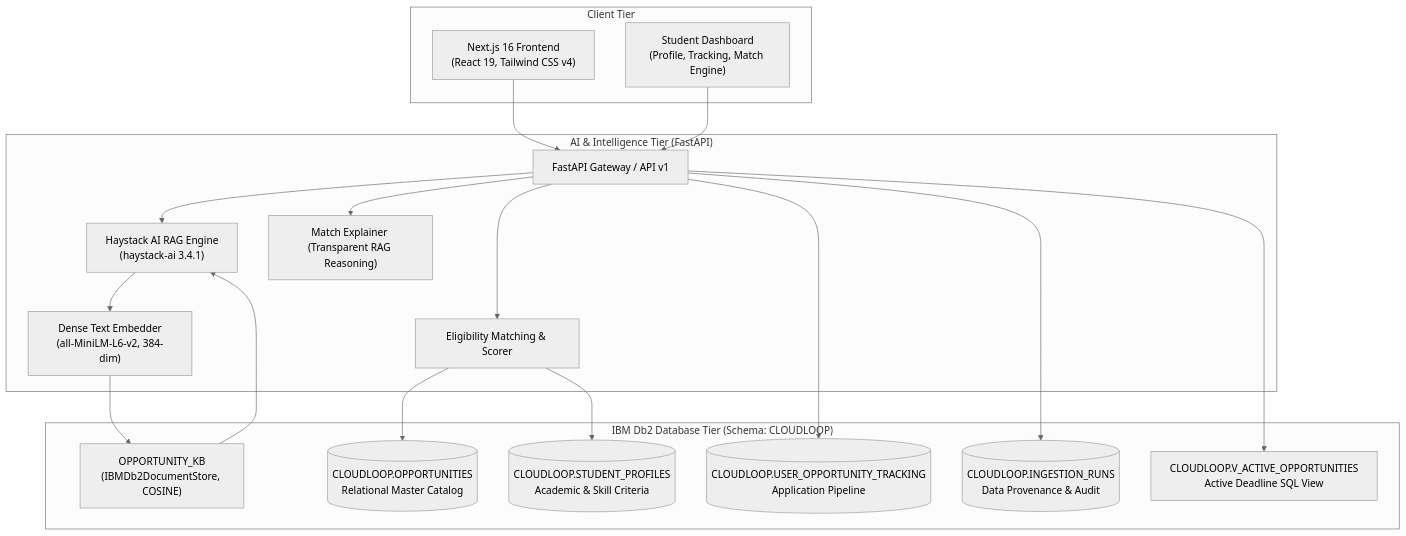
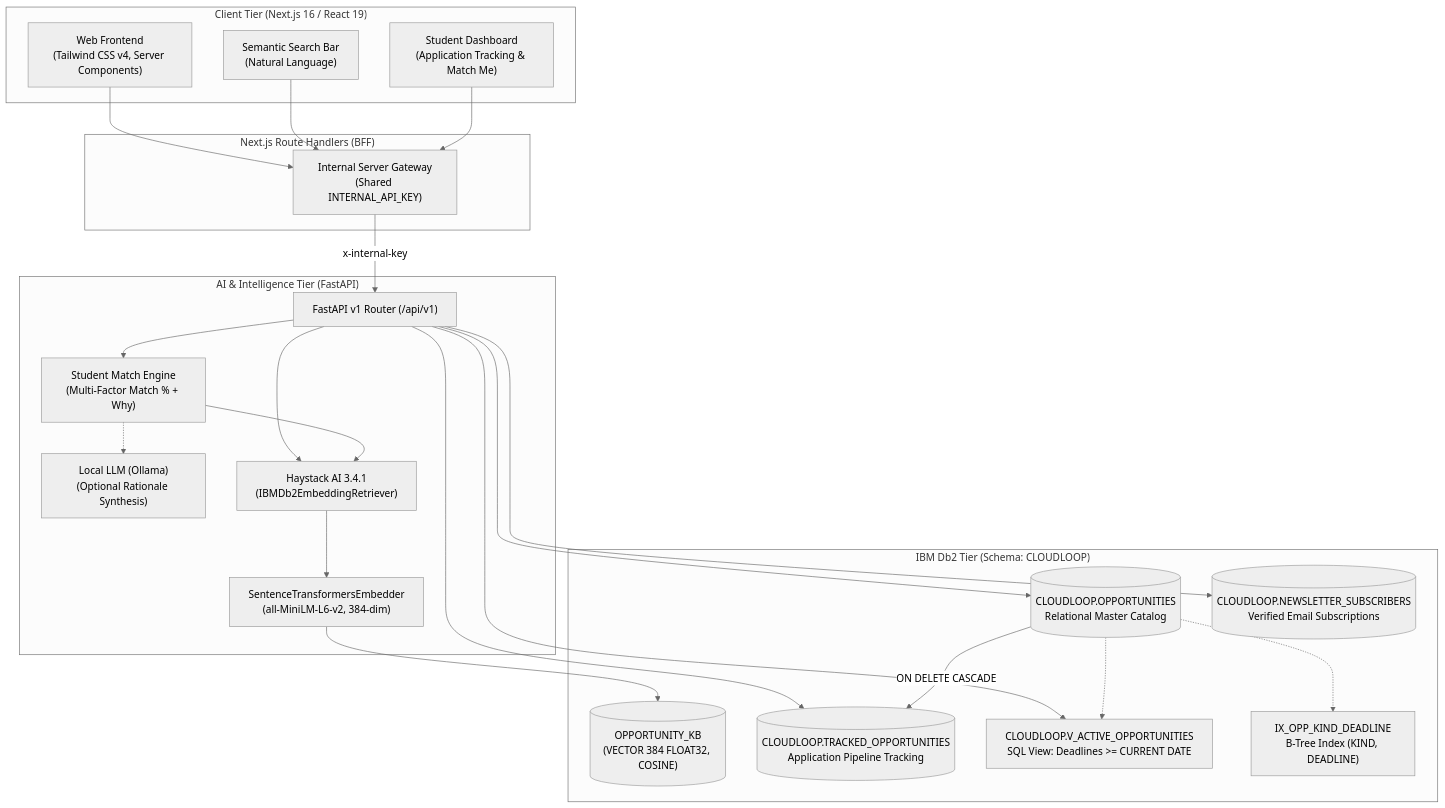
The first of 2 diagrams in architecture.md (Ayushh-Sharmaa/Cloud-Loop), drawn with Mermaid (neutral theme) before and after one commit. The commit also changed other lines of this file and 23 other files, not shown here.

Commit message:
feat: complete Phase 2 submission pack and synchronized opportunity seed architecture

````diff
--- a/architecture.md
+++ b/architecture.md
@@ -18,40 +21,52 @@
 ```mermaid
 flowchart TD
-    subgraph Client["Client Tier"]
-        UI["Next.js 16 Frontend\n(React 19, Tailwind CSS v4)"]
-        Dashboard["Student Dashboard\n(Profile, Tracking, Match Engine)"]
+    subgraph ClientTier["Client Tier (Next.js 16 / React 19)"]
+        UI["Web Frontend\n(Tailwind CSS v4, Server Components)"]
+        SearchBox["Semantic Search Bar\n(Natural Language)"]
+        DashboardUI["Student Dashboard\n(Application Tracking & Match Me)"]
+    end
+
+    subgraph ServerHandlers["Next.js Route Handlers (BFF)"]
+        Proxy["Internal Server Gateway\n(Shared INTERNAL_API_KEY)"]
     end
 
     subgraph BackendTier["AI & Intelligence Tier (FastAPI)"]
-        Router["FastAPI Gateway / API v1"]
-        Haystack["Haystack AI RAG Engine\n(haystack-ai 3.4.1)"]
-        Embedder["Dense Text Embedder\n(all-MiniLM-L6-v2, 384-dim)"]
-        EligibilitySvc["Eligibility Matching & Scorer"]
-        Explainer["Match Explainer (Transparent RAG Reasoning)"]
+        APIGateway["FastAPI v1 Router (/api/v1)"]
+        MatchService["Student Match Engine\n(Multi-Factor Match % + Why)"]
+        OllamaLLM["Local LLM (Ollama)\n(Optional Rationale Synthesis)"]
+        Haystack["Haystack AI 3.4.1\n(IBMDb2EmbeddingRetriever)"]
+        Embedder["SentenceTransformersEmbedder\n(all-MiniLM-L6-v2, 384-dim)"]
     end
 
-    subgraph DatabaseTier["IBM Db2 Database Tier (Schema: CLOUDLOOP)"]
-        VectorStore["OPPORTUNITY_KB\n(IBMDb2DocumentStore, COSINE)"]
+    subgraph DatabaseTier["IBM Db2 Tier (Schema: CLOUDLOOP)"]
+        VectorStore[("OPPORTUNITY_KB\n(VECTOR 384 FLOAT32, COSINE)")]
         OppTable[("CLOUDLOOP.OPPORTUNITIES\nRelational Master Catalog")]
-        ProfileTable[("CLOUDLOOP.STUDENT_PROFILES\nAcademic & Skill Criteria")]
-        TrackTable[("CLOUDLOOP.USER_OPPORTUNITY_TRACKING\nApplication Pipeline")]
-        IngestTable[("CLOUDLOOP.INGESTION_RUNS\nData Provenance & Audit")]
-        ViewActive["CLOUDLOOP.V_ACTIVE_OPPORTUNITIES\nActive Deadline SQL View"]
+        TrackTable[("CLOUDLOOP.TRACKED_OPPORTUNITIES\nApplication Pipeline Tracking")]
+        NewsTable[("CLOUDLOOP.NEWSLETTER_SUBSCRIBERS\nVerified Email Subscriptions")]
+        ActiveView["CLOUDLOOP.V_ACTIVE_OPPORTUNITIES\nSQL View: Deadlines >= CURRENT DATE"]
+        IndexDeadline["IX_OPP_KIND_DEADLINE\nB-Tree Index (KIND, DEADLINE)"]
     end
 
-    UI --> Router
-    Dashboard --> Router
-    Router --> Haystack
-    Router --> EligibilitySvc
-    Router --> Explainer
+    UI --> Proxy
+    SearchBox --> Proxy
+    DashboardUI --> Proxy
+
+    Proxy -- "x-internal-key" --> APIGateway
+
+    APIGateway --> Haystack
+    APIGateway --> MatchService
+    MatchService -.-> OllamaLLM
+    MatchService --> Haystack
 
     Haystack --> Embedder
     Embedder --> VectorStore
-    VectorStore --> Haystack
 
-    EligibilitySvc --> OppTable
-    EligibilitySvc --> ProfileTable
-    Router --> TrackTable
-    Router --> IngestTable
-    Router --> ViewActive
+    APIGateway --> OppTable
+    APIGateway --> TrackTable
+    APIGateway --> NewsTable
+    APIGateway --> ActiveView
+
+    OppTable -.-> IndexDeadline
+    OppTable -.-> ActiveView
+    OppTable -- "ON DELETE CASCADE" --> TrackTable
 ```
````
